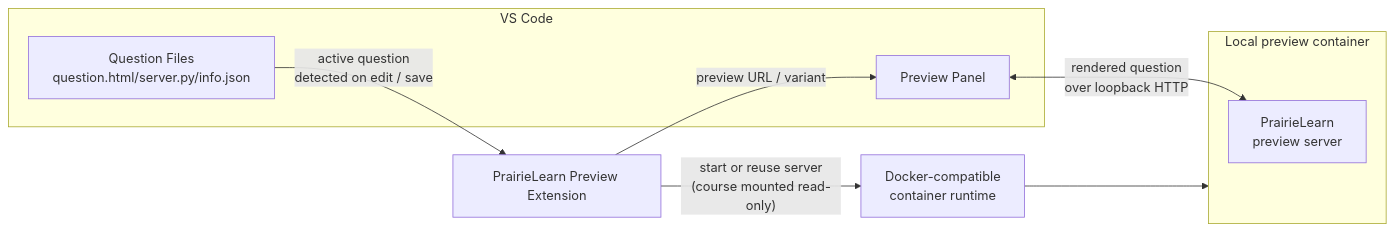
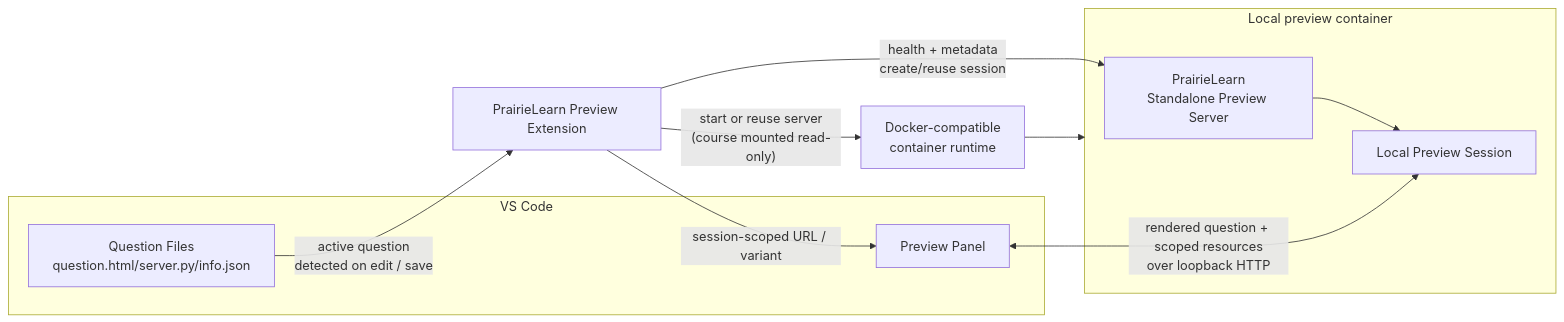
The diagram in README.md (runjuu/pl-preview-vscode), drawn with Mermaid before and after one commit. The commit also changed other lines of this file and 22 other files, not shown here.

First line of the commit message:
Migrate previews to session-scoped server contract

````diff
--- a/README.md
+++ b/README.md
@@ -100,18 +116,21 @@
 ```mermaid
 flowchart LR
   subgraph vscode["VS Code"]
     editor["Question Files<br/>question.html/server.py/info.json"]
     panel["Preview Panel"]
   end
   ext["PrairieLearn Preview Extension"]
   runtime["Docker-compatible<br/>container runtime"]
   subgraph container["Local preview container"]
-    server["PrairieLearn<br/>preview server"]
+    server["PrairieLearn<br/>Standalone Preview Server"]
+    session["Local Preview Session"]
   end
 
   editor -->|"active question<br/>detected on edit / save"| ext
   ext -->|"start or reuse server<br/>(course mounted read-only)"| runtime
   runtime --> container
-  ext -->|"preview URL / variant"| panel
-  panel <-->|"rendered question<br/>over loopback HTTP"| server
+  ext -->|"health + metadata<br/>create/reuse session"| server
+  server --> session
+  ext -->|"session-scoped URL / variant"| panel
+  panel <-->|"rendered question + scoped resources<br/>over loopback HTTP"| session
 ```
````
